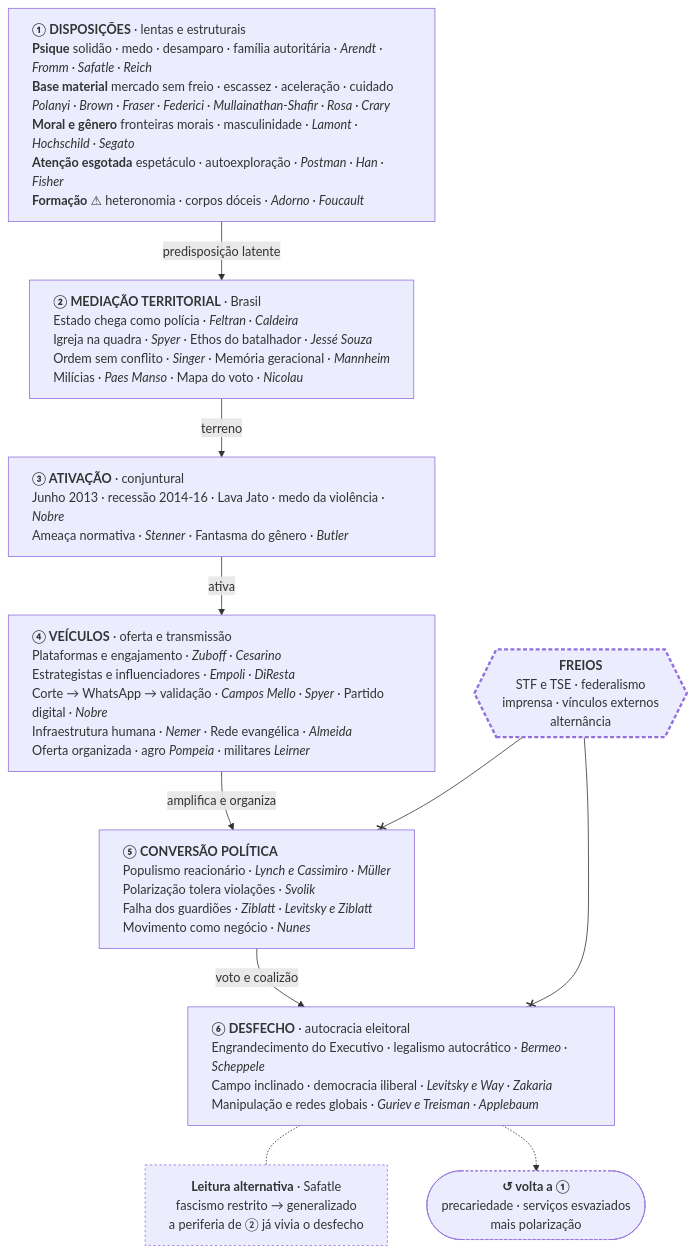
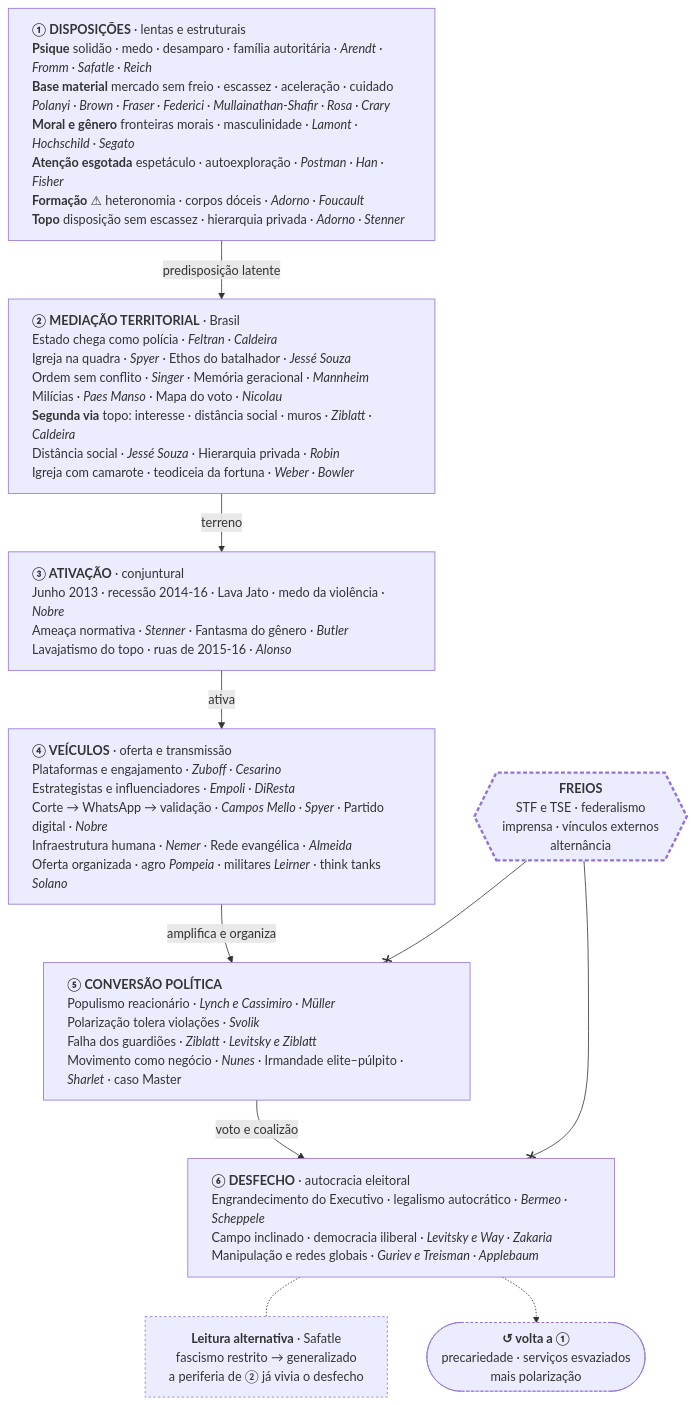
One commit to coelhotv/autocracia-sec-xxi-web changed the first of 2 diagrams in content/matriz-teorica-autocracia-tecnologia-exaustao-cognitiva.md. Above: the diagram before and after it, drawn with Mermaid. The commit also changed other lines of this file and 17 other files, not shown here.

````diff
--- a/content/matriz-teorica-autocracia-tecnologia-exaustao-cognitiva.md
+++ b/content/matriz-teorica-autocracia-tecnologia-exaustao-cognitiva.md
@@ -542,28 +621,28 @@
 ```mermaid
 %%{init: {"flowchart": {"wrappingWidth": 480}}}%%
 flowchart TB
-    L1["<b>① DISPOSIÇÕES</b> · lentas e estruturais<br><b>Psique</b> solidão · medo · desamparo · família autoritária · <i>Arendt · Fromm · Safatle · Reich</i><br><b>Base material</b> mercado sem freio · escassez · aceleração · cuidado<br><i>Polanyi · Brown · Fraser · Federici · Mullainathan-Shafir · Rosa · Crary</i><br><b>Moral e gênero</b> fronteiras morais · masculinidade · <i>Lamont · Hochschild · Segato</i><br><b>Atenção esgotada</b> espetáculo · autoexploração · <i>Postman · Han · Fisher</i><br><b>Formação</b> ⚠ heteronomia · corpos dóceis · <i>Adorno · Foucault</i>"]
-    L2["<b>② MEDIAÇÃO TERRITORIAL</b> · Brasil<br>Estado chega como polícia · <i>Feltran · Caldeira</i><br>Igreja na quadra · <i>Spyer</i> · Ethos do batalhador · <i>Jessé Souza</i><br>Ordem sem conflito · <i>Singer</i> · Memória geracional · <i>Mannheim</i><br>Milícias · <i>Paes Manso</i> · Mapa do voto · <i>Nicolau</i>"]
-    L3["<b>③ ATIVAÇÃO</b> · conjuntural<br>Junho 2013 · recessão 2014-16 · Lava Jato · medo da violência · <i>Nobre</i><br>Ameaça normativa · <i>Stenner</i> · Fantasma do gênero · <i>Butler</i>"]
-    L4["<b>④ VEÍCULOS</b> · oferta e transmissão<br>Plataformas e engajamento · <i>Zuboff · Cesarino</i><br>Estrategistas e influenciadores · <i>Empoli · DiResta</i><br>Corte → WhatsApp → validação · <i>Campos Mello · Spyer</i> · Partido digital · <i>Nobre</i><br>Infraestrutura humana · <i>Nemer</i> · Rede evangélica · <i>Almeida</i><br>Oferta organizada · agro <i>Pompeia</i> · militares <i>Leirner</i>"]
-    L5["<b>⑤ CONVERSÃO POLÍTICA</b><br>Populismo reacionário · <i>Lynch e Cassimiro · Müller</i><br>Polarização tolera violações · <i>Svolik</i><br>Falha dos guardiões · <i>Ziblatt · Levitsky e Ziblatt</i><br>Movimento como negócio · <i>Nunes</i>"]
+    L1["<b>① DISPOSIÇÕES</b> · lentas e estruturais<br><b>Psique</b> solidão · medo · desamparo · família autoritária · <i>Arendt · Fromm · Safatle · Reich</i><br><b>Base material</b> mercado sem freio · escassez · aceleração · cuidado<br><i>Polanyi · Brown · Fraser · Federici · Mullainathan-Shafir · Rosa · Crary</i><br><b>Moral e gênero</b> fronteiras morais · masculinidade · <i>Lamont · Hochschild · Segato</i><br><b>Atenção esgotada</b> espetáculo · autoexploração · <i>Postman · Han · Fisher</i><br><b>Formação</b> ⚠ heteronomia · corpos dóceis · <i>Adorno · Foucault</i><br><b>Topo</b> disposição sem escassez · hierarquia privada · <i>Adorno · Stenner</i>"]
+    L2["<b>② MEDIAÇÃO TERRITORIAL</b> · Brasil<br>Estado chega como polícia · <i>Feltran · Caldeira</i><br>Igreja na quadra · <i>Spyer</i> · Ethos do batalhador · <i>Jessé Souza</i><br>Ordem sem conflito · <i>Singer</i> · Memória geracional · <i>Mannheim</i><br>Milícias · <i>Paes Manso</i> · Mapa do voto · <i>Nicolau</i><br><b>Segunda via</b> topo: interesse · distância social · muros · <i>Ziblatt · Caldeira</i><br>Distância social · <i>Jessé Souza</i> · Hierarquia privada · <i>Robin</i><br>Igreja com camarote · teodiceia da fortuna · <i>Weber · Bowler</i>"]
+    L3["<b>③ ATIVAÇÃO</b> · conjuntural<br>Junho 2013 · recessão 2014-16 · Lava Jato · medo da violência · <i>Nobre</i><br>Ameaça normativa · <i>Stenner</i> · Fantasma do gênero · <i>Butler</i><br>Lavajatismo do topo · ruas de 2015-16 · <i>Alonso</i>"]
+    L4["<b>④ VEÍCULOS</b> · oferta e transmissão<br>Plataformas e engajamento · <i>Zuboff · Cesarino</i><br>Estrategistas e influenciadores · <i>Empoli · DiResta</i><br>Corte → WhatsApp → validação · <i>Campos Mello · Spyer</i> · Partido digital · <i>Nobre</i><br>Infraestrutura humana · <i>Nemer</i> · Rede evangélica · <i>Almeida</i><br>Oferta organizada · agro <i>Pompeia</i> · militares <i>Leirner</i> · think tanks <i>Solano</i>"]
+    L5["<b>⑤ CONVERSÃO POLÍTICA</b><br>Populismo reacionário · <i>Lynch e Cassimiro · Müller</i><br>Polarização tolera violações · <i>Svolik</i><br>Falha dos guardiões · <i>Ziblatt · Levitsky e Ziblatt</i><br>Movimento como negócio · <i>Nunes</i> · Irmandade elite–púlpito · <i>Sharlet</i> · caso Master"]
     L6["<b>⑥ DESFECHO</b> · autocracia eleitoral<br>Engrandecimento do Executivo · legalismo autocrático · <i>Bermeo · Scheppele</i><br>Campo inclinado · democracia iliberal · <i>Levitsky e Way · Zakaria</i><br>Manipulação e redes globais · <i>Guriev e Treisman · Applebaum</i>"]
     FR{{"<b>FREIOS</b><br>STF e TSE · federalismo<br>imprensa · vínculos externos<br>alternância"}}
     ALT["<b>Leitura alternativa</b> · Safatle<br>fascismo restrito → generalizado<br>a periferia de ② já vivia o desfecho"]
     RET(["<b>↺ volta a ①</b><br>precariedade · serviços esvaziados<br>mais polarização"])
     L1 -->|predisposição latente| L2
     L2 -->|terreno| L3
     L3 -->|ativa| L4
     L4 -->|amplifica e organiza| L5
     L5 -->|voto e coalizão| L6
     FR --x L5
     FR --x L6
     L6 -.- ALT
     L6 -.-> RET
     classDef camada text-align:left
     classDef freio stroke-width:3px,stroke-dasharray:5 3
     classDef alt stroke-dasharray:3 3
     class L1,L2,L3,L4,L5,L6 camada
     class FR freio
     class ALT,RET alt
 ```
````
